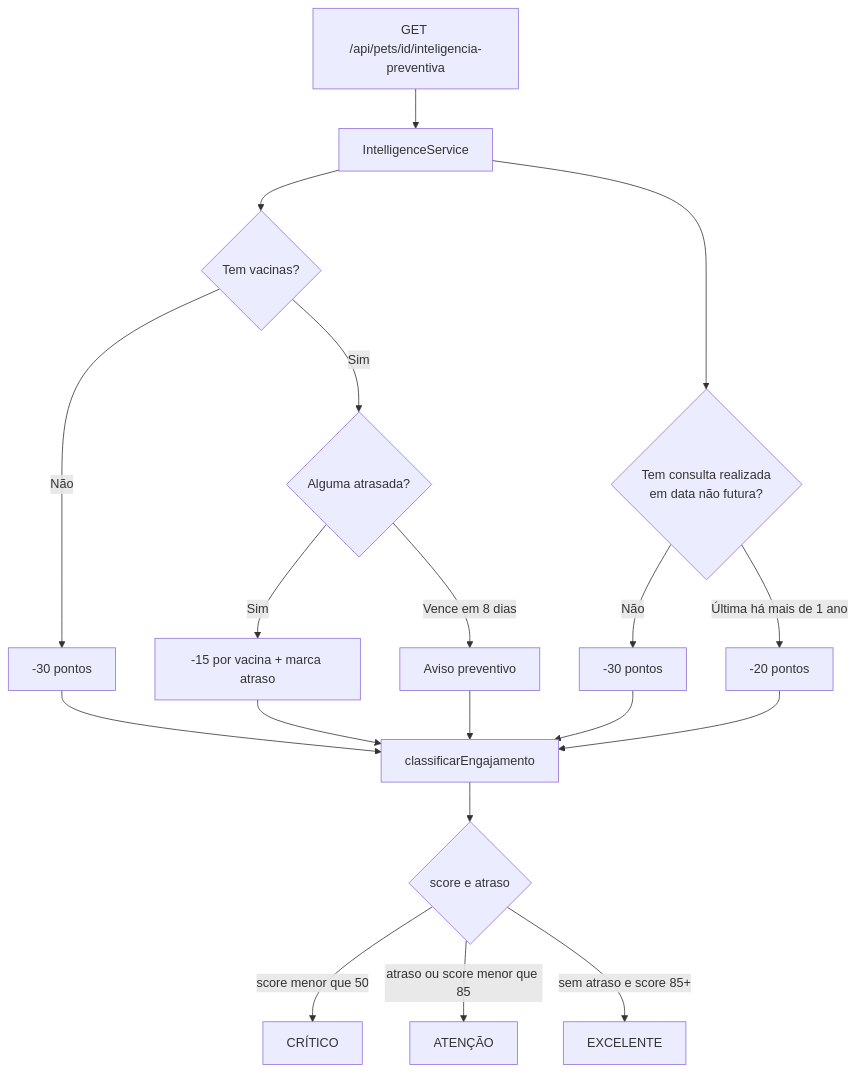
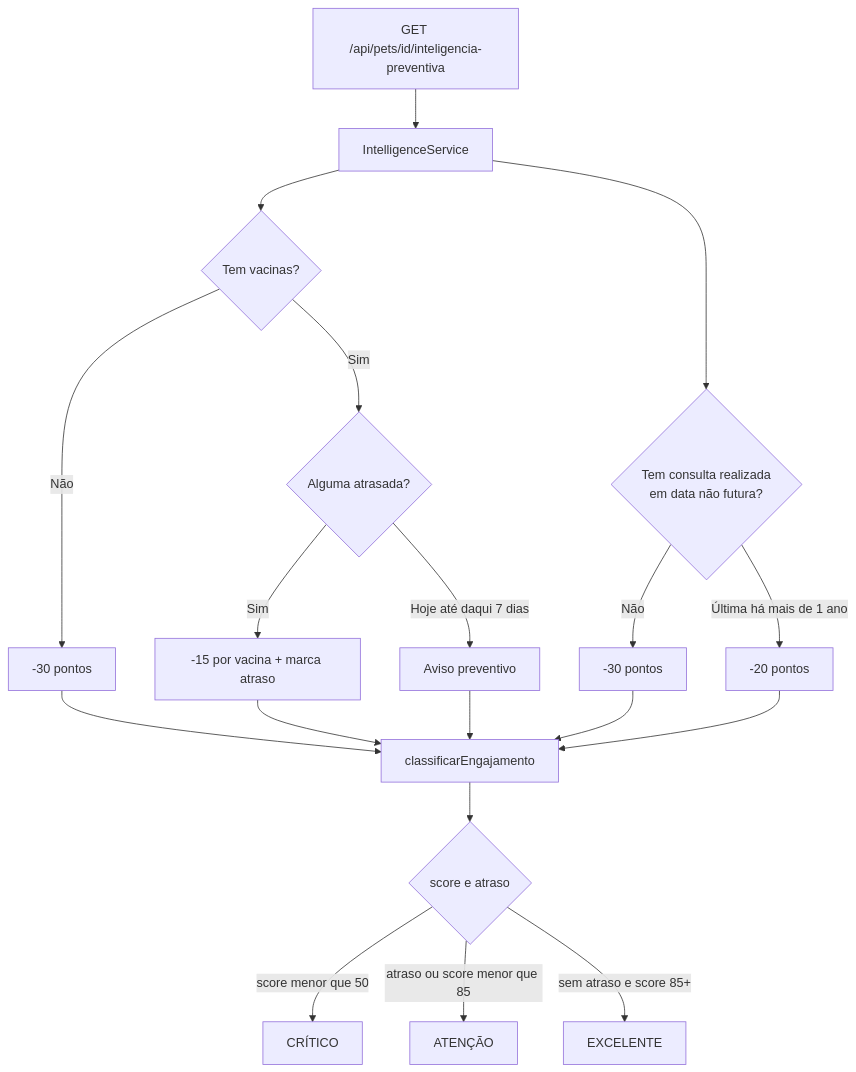
The sixth of 7 diagrams in documents/diagramas.md (gabriel-g-dev/clyvovet-java), drawn with Mermaid before and after one commit. The commit also changed other lines of this file and 43 other files, not shown here.

````diff
--- a/documents/diagramas.md
+++ b/documents/diagramas.md
@@ -291,17 +298,17 @@
 ```mermaid
 flowchart TD
     A[GET /api/pets/id/inteligencia-preventiva] --> B[IntelligenceService]
     B --> C{Tem vacinas?}
     C -->|Não| C1[-30 pontos]
     C -->|Sim| C2{Alguma atrasada?}
     C2 -->|Sim| C3[-15 por vacina + marca atraso]
-    C2 -->|Vence em 8 dias| C4[Aviso preventivo]
+    C2 -->|Hoje até daqui 7 dias| C4[Aviso preventivo]
     B --> D{Tem consulta realizada<br/>em data não futura?}
     D -->|Não| D1[-30 pontos]
     D -->|Última há mais de 1 ano| D2[-20 pontos]
     C1 & C3 & C4 & D1 & D2 --> E[classificarEngajamento]
     E --> F{score e atraso}
     F -->|score menor que 50| G[CRÍTICO]
     F -->|atraso ou score menor que 85| H[ATENÇÃO]
     F -->|sem atraso e score 85+| I[EXCELENTE]
 ```
````
